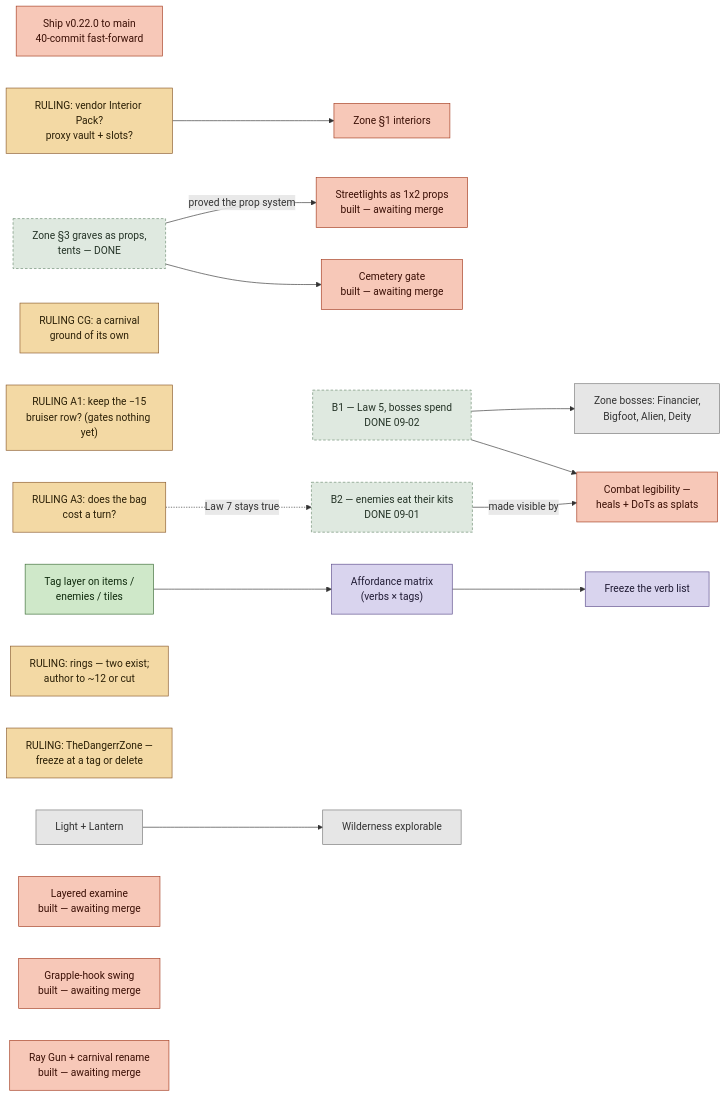
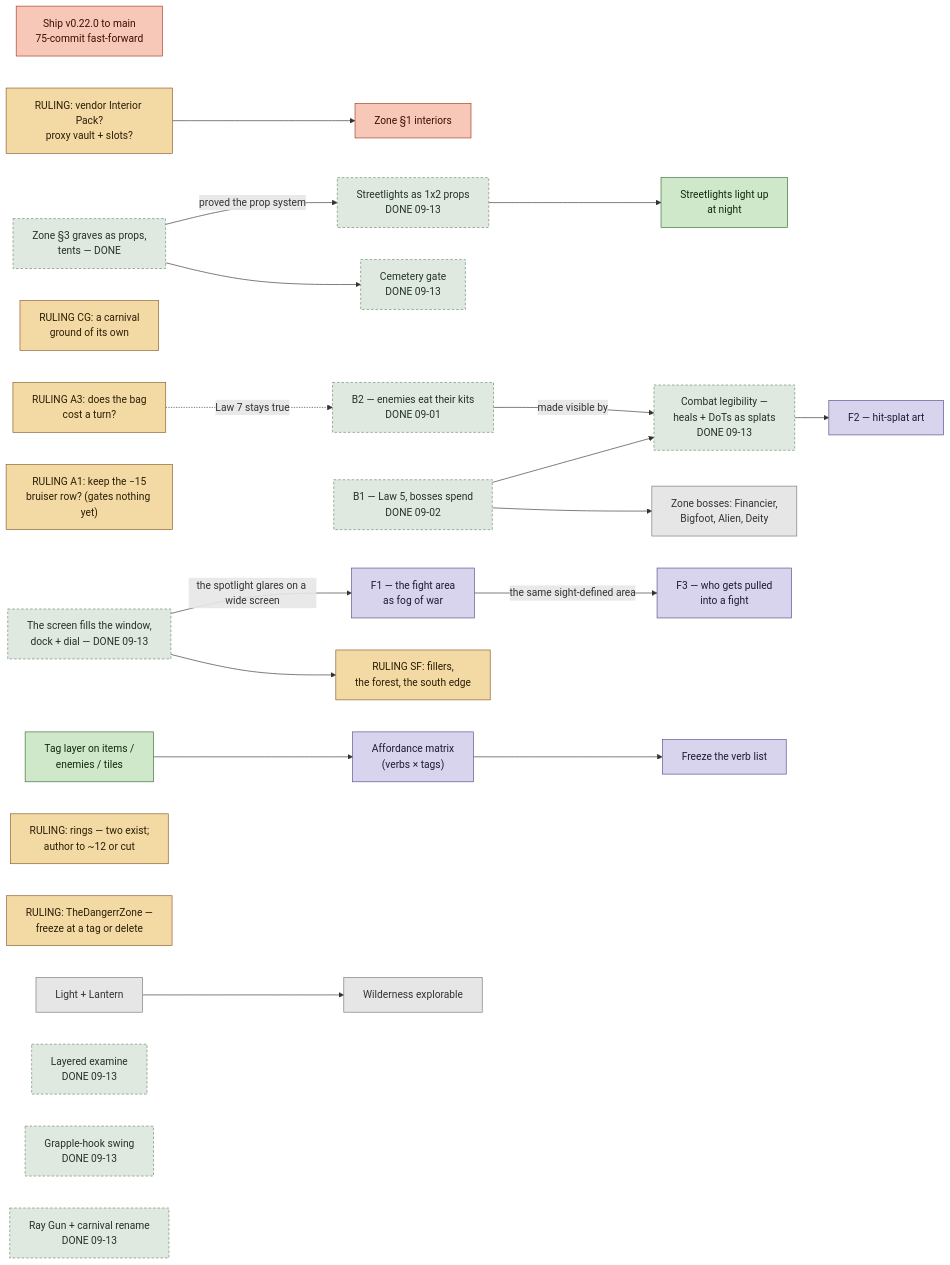
The diagram in plans/roadmap-2026-09.md (RussellDangerr/violencetown), drawn with Mermaid before and after one commit. The commit also changed other lines of this file and 2 other files, not shown here.

First line of the commit message:
plan: the roadmap and its board catch up with the 09-13 merges

````diff
--- a/plans/roadmap-2026-09.md
+++ b/plans/roadmap-2026-09.md
@@ -35,46 +38,57 @@
 ```mermaid
 flowchart LR
     classDef ruling fill:#f3d9a4,stroke:#8a5a2c,color:#2a1f06
     classDef ready fill:#cfe8c9,stroke:#3a6b35,color:#0f2a0d
     classDef design fill:#d9d4ee,stroke:#5a4a8a,color:#1f1a33
     classDef later fill:#e6e6e6,stroke:#777,color:#333
     classDef now fill:#f7c8b8,stroke:#a33a1e,color:#3a0f05
     classDef done fill:#dfe9e0,stroke:#6a8a6e,color:#243326,stroke-dasharray:4 3
 
-    SHIP["Ship v0.22.0 to main<br/>40-commit fast-forward"]:::now
+    SHIP["Ship v0.22.0 to main<br/>75-commit fast-forward"]:::now
     GY["Zone §3 graves as props,<br/>tents — DONE"]:::done
     INT["Zone §1 interiors"]:::now
     R_INT["RULING: vendor Interior Pack?<br/>proxy vault + slots?"]:::ruling
     R_INT --> INT
-    GY -->|"proved the prop system"| LAMP["Streetlights as 1x2 props<br/>built — awaiting merge"]:::now
-    GY --> GATE["Cemetery gate<br/>built — awaiting merge"]:::now
+    GY -->|"proved the prop system"| LAMP["Streetlights as 1x2 props<br/>DONE 09-13"]:::done
+    GY --> GATE["Cemetery gate<br/>DONE 09-13"]:::done
+    LAMP --> LIT["Streetlights light up<br/>at night"]:::ready
     CG["RULING CG: a carnival<br/>ground of its own"]:::ruling
 
     BOSS["B1 — Law 5, bosses spend<br/>DONE 09-02"]:::done
     B2["B2 — enemies eat their kits<br/>DONE 09-01"]:::done
-    LEG["Combat legibility —<br/>heals + DoTs as splats"]:::now
+    LEG["Combat legibility —<br/>heals + DoTs as splats<br/>DONE 09-13"]:::done
     ZBOSS["Zone bosses: Financier,<br/>Bigfoot, Alien, Deity"]:::later
     BOSS --> ZBOSS
     B2 -->|"made visible by"| LEG
     BOSS --> LEG
+
+    SCREEN["The screen fills the window,<br/>dock + dial — DONE 09-13"]:::done
+    FOG["F1 — the fight area<br/>as fog of war"]:::design
+    SPLAT["F2 — hit-splat art"]:::design
+    PULL["F3 — who gets pulled<br/>into a fight"]:::design
+    SF["RULING SF: fillers,<br/>the forest, the south edge"]:::ruling
+    SCREEN -->|"the spotlight glares on a wide screen"| FOG
+    FOG -->|"the same sight-defined area"| PULL
+    LEG --> SPLAT
+    SCREEN --> SF
 
     A1["RULING A1: keep the −15<br/>bruiser row? (gates nothing yet)"]:::ruling
     A3["RULING A3: does the bag<br/>cost a turn?"]:::ruling
     A3 -.->|"Law 7 stays true"| B2
 
     TAG["Tag layer on items /<br/>enemies / tiles"]:::ready
     MATRIX["Affordance matrix<br/>(verbs × tags)"]:::design
     FREEZE["Freeze the verb list"]:::design
     TAG --> MATRIX --> FREEZE
 
     RINGS["RULING: rings — two exist;<br/>author to ~12 or cut"]:::ruling
     DZ["RULING: TheDangerrZone —<br/>freeze at a tag or delete"]:::ruling
 
     LANT["Light + Lantern"]:::later
     WILD["Wilderness explorable"]:::later
     LANT --> WILD
 
-    EX["Layered examine<br/>built — awaiting merge"]:::now
-    GRAP["Grapple-hook swing<br/>built — awaiting merge"]:::now
-    RAY["Ray Gun + carnival rename<br/>built — awaiting merge"]:::now
+    EX["Layered examine<br/>DONE 09-13"]:::done
+    GRAP["Grapple-hook swing<br/>DONE 09-13"]:::done
+    RAY["Ray Gun + carnival rename<br/>DONE 09-13"]:::done
 ```
````
